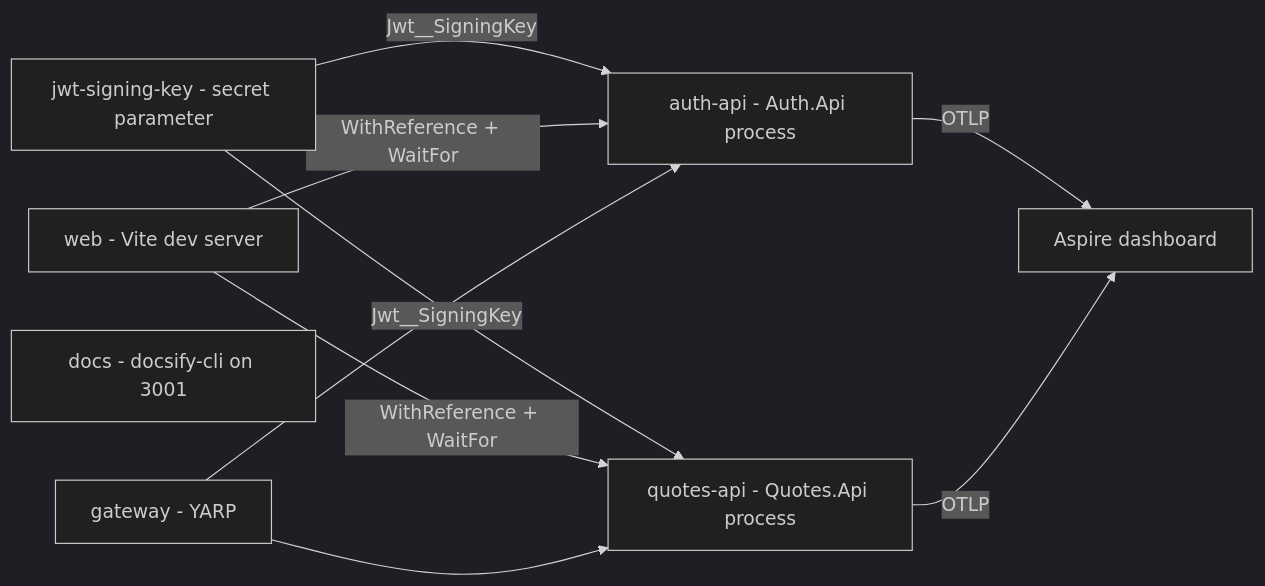
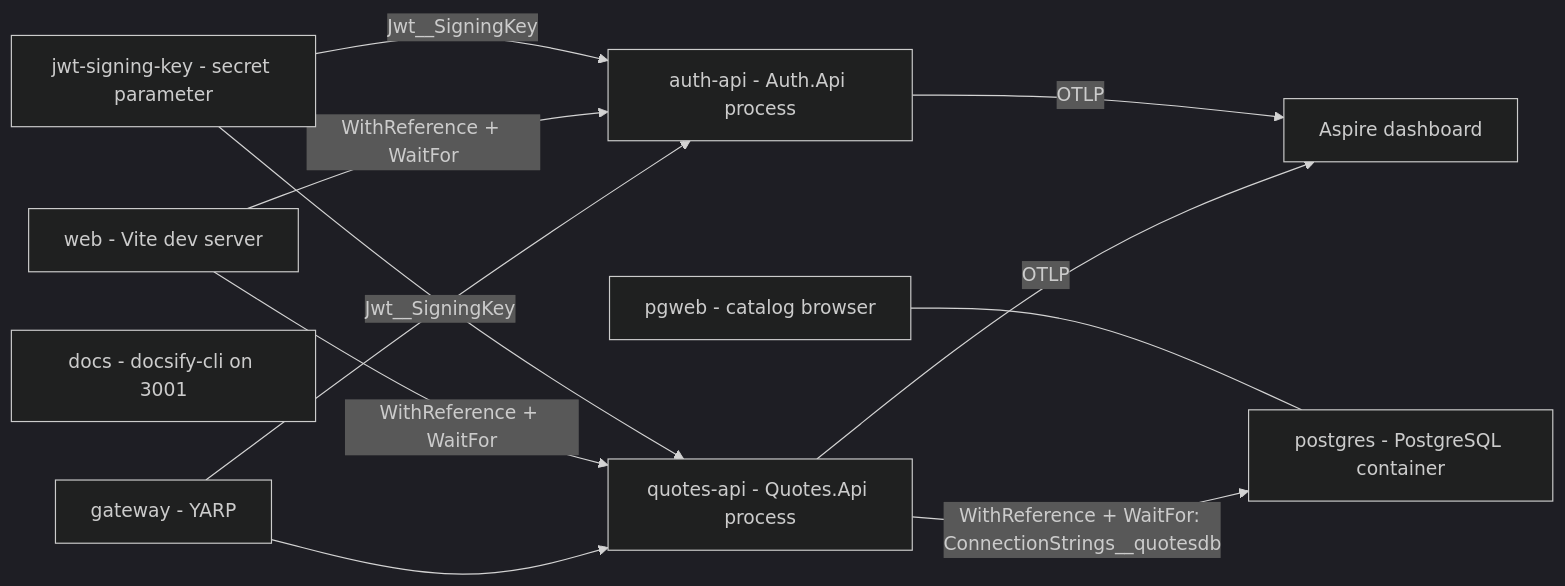
Before and after one commit to josnelihurt/code.examples.net.quotes: the second of 7 diagrams in docs/system-design.md, drawn with Mermaid (dark theme). The commit also changed other lines of this file and 4 other files, not shown here.

````diff
--- a/docs/system-design.md
+++ b/docs/system-design.md
@@ -67,19 +67,23 @@
 ```mermaid
 flowchart LR
   key["jwt-signing-key - secret parameter"]
+  pg["postgres - PostgreSQL container"]
+  pgweb["pgweb - catalog browser"]
   auth["auth-api - Auth.Api process"]
   quotes["quotes-api - Quotes.Api process"]
   web["web - Vite dev server"]
   site["docs - docsify-cli on 3001"]
   gw["gateway - YARP"]
   dash["Aspire dashboard"]
 
   key -->|"Jwt__SigningKey"| auth
   key -->|"Jwt__SigningKey"| quotes
+  pgweb --- pg
+  quotes -->|"WithReference + WaitFor: ConnectionStrings__quotesdb"| pg
   web -->|"WithReference + WaitFor"| auth
   web -->|"WithReference + WaitFor"| quotes
   gw --> auth
   gw --> quotes
   auth -->|OTLP| dash
   quotes -->|OTLP| dash
 ```
````
